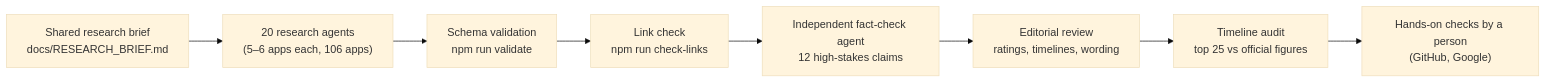
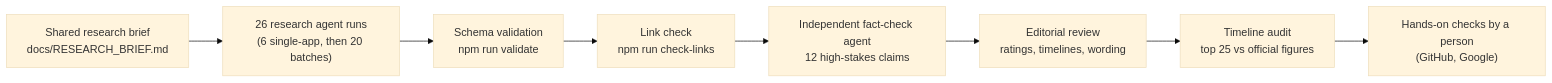
Before and after one commit to Hbandla0305/oauth-field-guide: the seventh of 7 diagrams in docs/ARCHITECTURE.md, drawn with Mermaid (base theme). The commit also changed 31 other files, not shown here.

````diff
--- a/docs/ARCHITECTURE.md
+++ b/docs/ARCHITECTURE.md
@@ -265,10 +265,10 @@
 ```mermaid
 flowchart LR
-  B["Shared research brief<br/>docs/RESEARCH_BRIEF.md"] --> R["20 research agents<br/>(5–6 apps each, 106 apps)"]
+  B["Shared research brief<br/>docs/RESEARCH_BRIEF.md"] --> R["26 research agent runs<br/>(6 single-app, then 20 batches)"]
   R --> V["Schema validation<br/>npm run validate"]
   V --> L["Link check<br/>npm run check-links"]
   L --> F["Independent fact-check agent<br/>12 high-stakes claims"]
   F --> E["Editorial review<br/>ratings, timelines, wording"]
   E --> T["Timeline audit<br/>top 25 vs official figures"]
   T --> H["Hands-on checks by a person<br/>(GitHub, Google)"]
 ```
````
